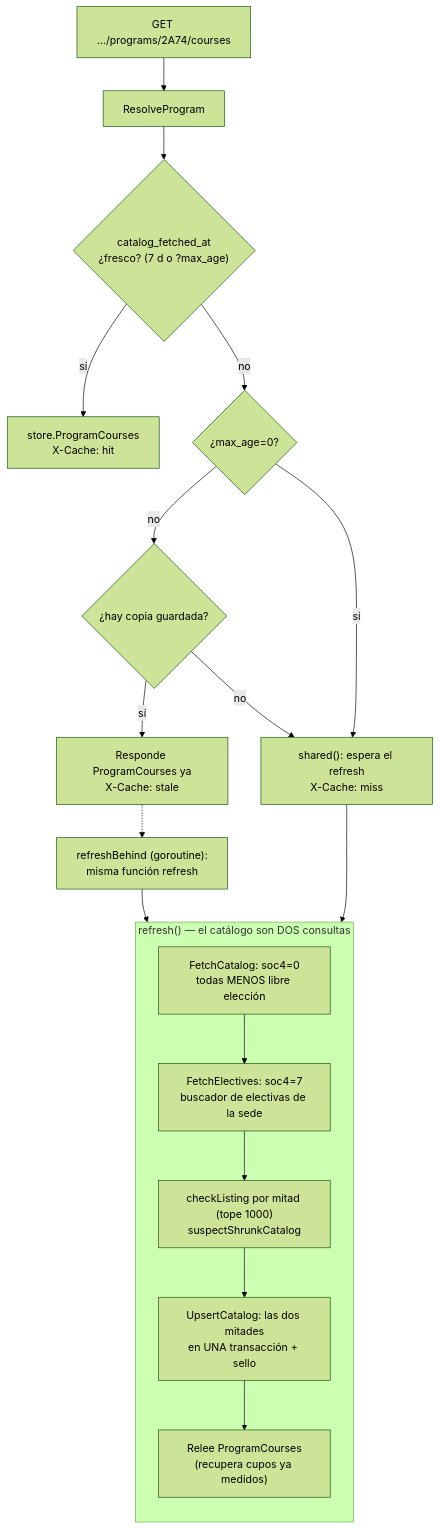
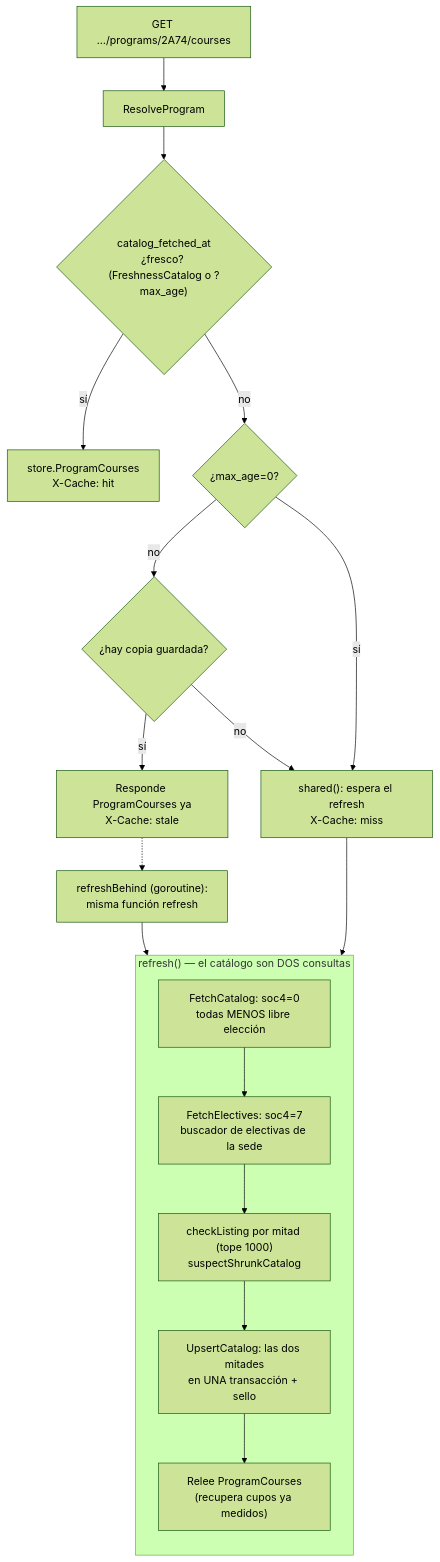
Before and after one commit to gabotachak/sia-unal-bridge: the ninth of 20 diagrams in docs/diagram.md, drawn with Mermaid (forest theme). The commit also changed other lines of this file and 8 other files, not shown here.

````diff
--- a/docs/diagram.md
+++ b/docs/diagram.md
@@ -377,23 +379,23 @@
 ```mermaid
 flowchart TD
     in["GET …/programs/2A74/courses"] --> rp["ResolveProgram"]
-    rp --> fr{"catalog_fetched_at<br/>¿fresco? (7 d o ?max_age)"}
+    rp --> fr{"catalog_fetched_at<br/>¿fresco? (FreshnessCatalog o ?max_age)"}
     fr -- sí --> hit["store.ProgramCourses<br/>X-Cache: hit"]
     fr -- no --> forced{"¿max_age=0?"}
     forced -- no --> exists{"¿hay copia guardada?"}
     exists -- sí --> stale["Responde ProgramCourses ya<br/>X-Cache: stale"]
     stale -.-> behind["refreshBehind (goroutine):<br/>misma función refresh"]
     exists -- no --> wait
     forced -- sí --> wait["shared(): espera el refresh<br/>X-Cache: miss"]
 
     subgraph refresh["refresh() — el catálogo son DOS consultas"]
         direction TB
         f1["FetchCatalog: soc4=0<br/>todas MENOS libre elección"] --> f2["FetchElectives: soc4=7<br/>buscador de electivas de la sede"]
         f2 --> chk["checkListing por mitad (tope 1000)<br/>suspectShrunkCatalog"]
         chk --> ups["UpsertCatalog: las dos mitades<br/>en UNA transacción + sello"]
         ups --> reread["Relee ProgramCourses<br/>(recupera cupos ya medidos)"]
     end
 
     behind --> refresh
     wait --> refresh
 ```
````
